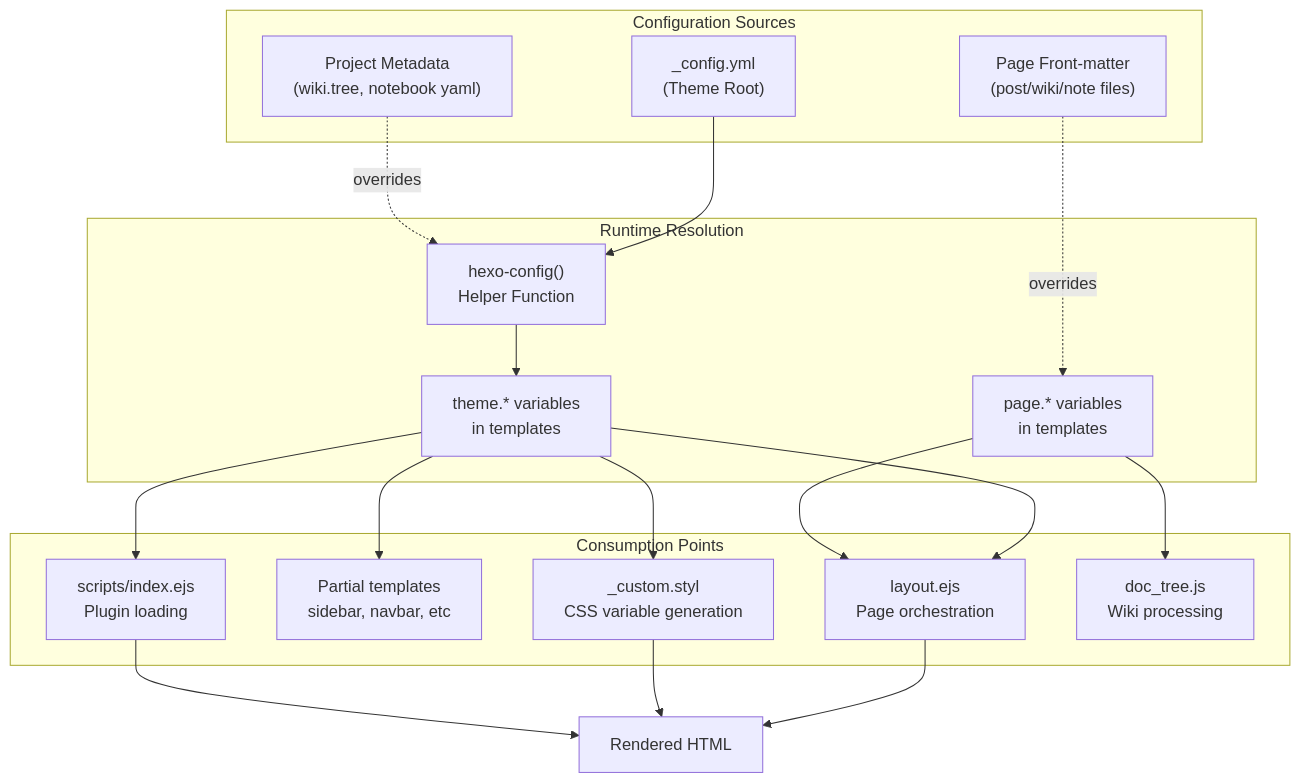
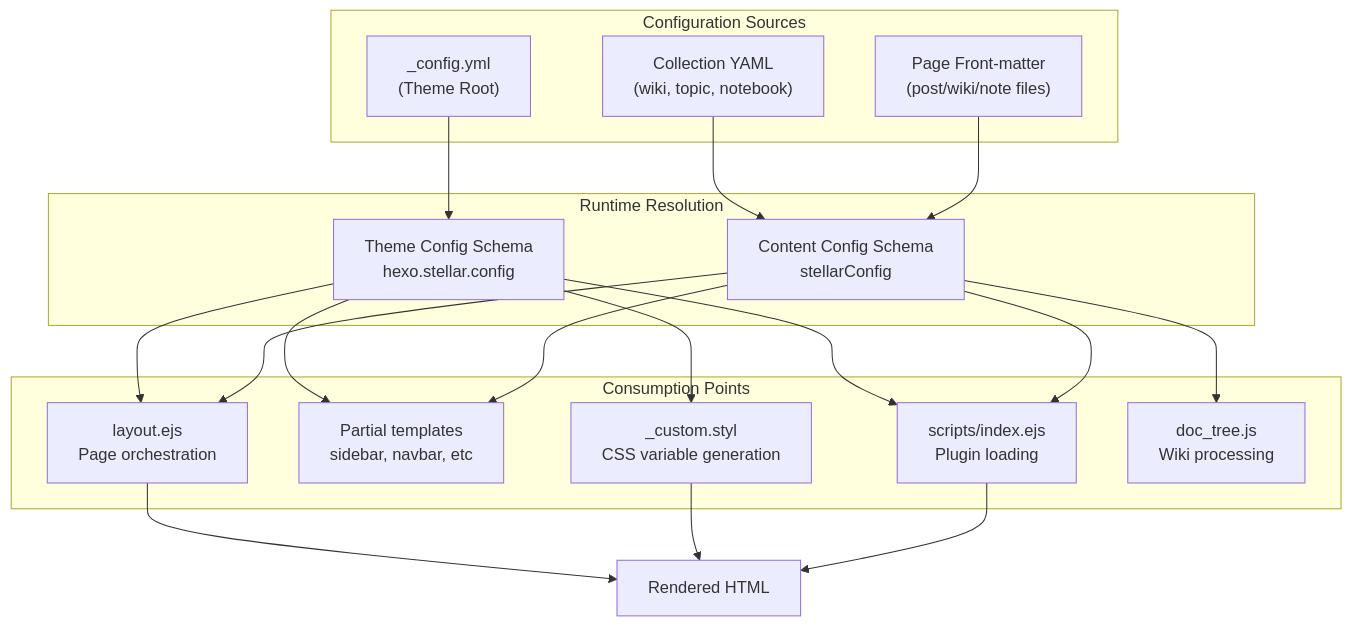
One commit to xaoxuu/hexo-theme-stellar changed the first of 4 diagrams in docs/knowledge/00-总览与安装配置/configuration.md. Above: the diagram before and after it, drawn with Mermaid. The commit also changed other lines of this file and 73 other files, not shown here.

Commit message:
refactor(v2): 迁移内容配置 Schema (#709)

````diff
--- a/docs/knowledge/00-总览与安装配置/configuration.md
+++ b/docs/knowledge/00-总览与安装配置/configuration.md
@@ -39,38 +39,38 @@
 ```mermaid
 graph TB
     subgraph "Configuration Sources"
         THEMECONFIG["_config.yml<br/>(Theme Root)"]
-        PROJMETA["Project Metadata<br/>(wiki.tree, notebook yaml)"]
+        PROJMETA["Collection YAML<br/>(wiki, topic, notebook)"]
         PAGEMETA["Page Front-matter<br/>(post/wiki/note files)"]
     end
     
     subgraph "Runtime Resolution"
-        HEXOCONFIG["hexo-config()<br/>Helper Function"]
-        PAGEVAR["page.* variables<br/>in templates"]
-        THEMEVAR["theme.* variables<br/>in templates"]
+        THEMESCHEMA["Theme Config Schema<br/>hexo.stellar.config"]
+        CONTENTSCHEMA["Content Config Schema<br/>stellarConfig"]
     end
     
     subgraph "Consumption Points"
         LAYOUT["layout.ejs<br/>Page orchestration"]
         PARTIAL["Partial templates<br/>sidebar, navbar, etc"]
         CSSGEN["_custom.styl<br/>CSS variable generation"]
         JSLOAD["scripts/index.ejs<br/>Plugin loading"]
         DOCTREE["doc_tree.js<br/>Wiki processing"]
     end
     
-    THEMECONFIG --> HEXOCONFIG
-    PROJMETA -.overrides.-> HEXOCONFIG
-    PAGEMETA -.overrides.-> PAGEVAR
+    THEMECONFIG --> THEMESCHEMA
+    PROJMETA --> CONTENTSCHEMA
+    PAGEMETA --> CONTENTSCHEMA
     
-    HEXOCONFIG --> THEMEVAR
-    THEMEVAR --> LAYOUT
-    THEMEVAR --> PARTIAL
-    THEMEVAR --> CSSGEN
-    THEMEVAR --> JSLOAD
-    PAGEVAR --> LAYOUT
-    PAGEVAR --> DOCTREE
+    THEMESCHEMA --> LAYOUT
+    THEMESCHEMA --> PARTIAL
+    THEMESCHEMA --> CSSGEN
+    THEMESCHEMA --> JSLOAD
+    CONTENTSCHEMA --> LAYOUT
+    CONTENTSCHEMA --> PARTIAL
+    CONTENTSCHEMA --> JSLOAD
+    CONTENTSCHEMA --> DOCTREE
     
     LAYOUT --> OUTPUT["Rendered HTML"]
     CSSGEN --> OUTPUT
     JSLOAD --> OUTPUT
 ```
````
